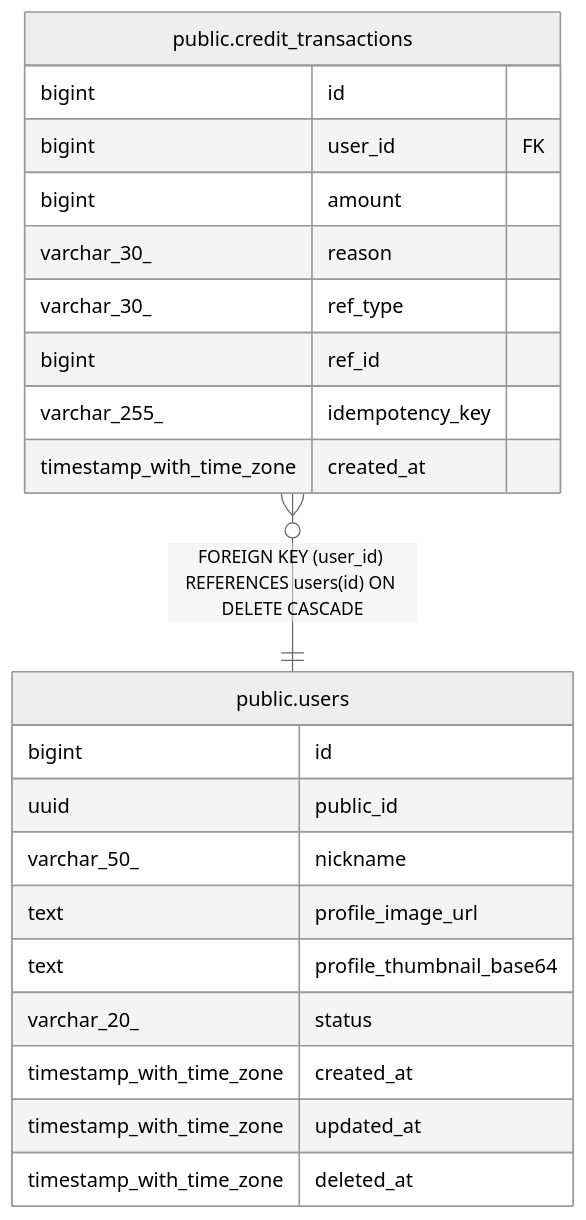
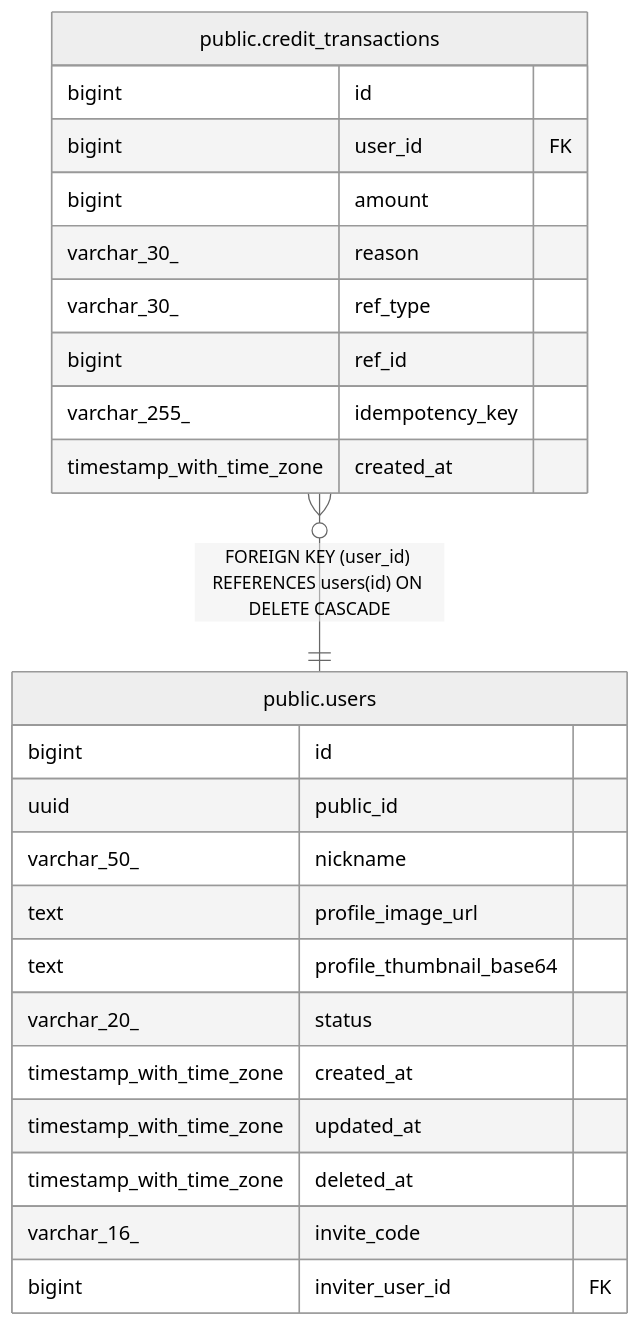
One commit to KIM-N-KANG/manyak-server changed the diagram in dbdoc/public.credit_transactions.md. Above: the diagram before and after it, drawn with Mermaid (neutral theme). The commit also changed 23 other files, not shown here.

````diff
--- a/dbdoc/public.credit_transactions.md
+++ b/dbdoc/public.credit_transactions.md
@@ -36,27 +36,29 @@
 ```mermaid
 erDiagram
 
 "public.credit_transactions" }o--|| "public.users" : "FOREIGN KEY (user_id) REFERENCES users(id) ON DELETE CASCADE"
 
 "public.credit_transactions" {
   bigint id
   bigint user_id FK
   bigint amount
   varchar_30_ reason
   varchar_30_ ref_type
   bigint ref_id
   varchar_255_ idempotency_key
   timestamp_with_time_zone created_at
 }
 "public.users" {
   bigint id
   uuid public_id
   varchar_50_ nickname
   text profile_image_url
   text profile_thumbnail_base64
   varchar_20_ status
   timestamp_with_time_zone created_at
   timestamp_with_time_zone updated_at
   timestamp_with_time_zone deleted_at
+  varchar_16_ invite_code
+  bigint inviter_user_id FK
 }
 ```
````
